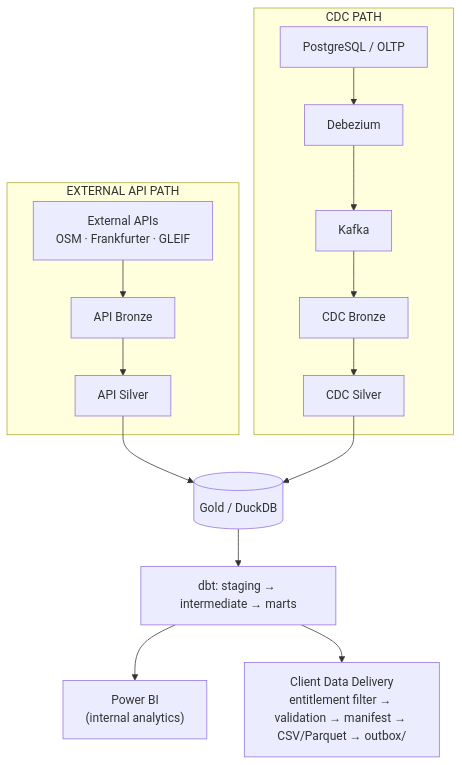
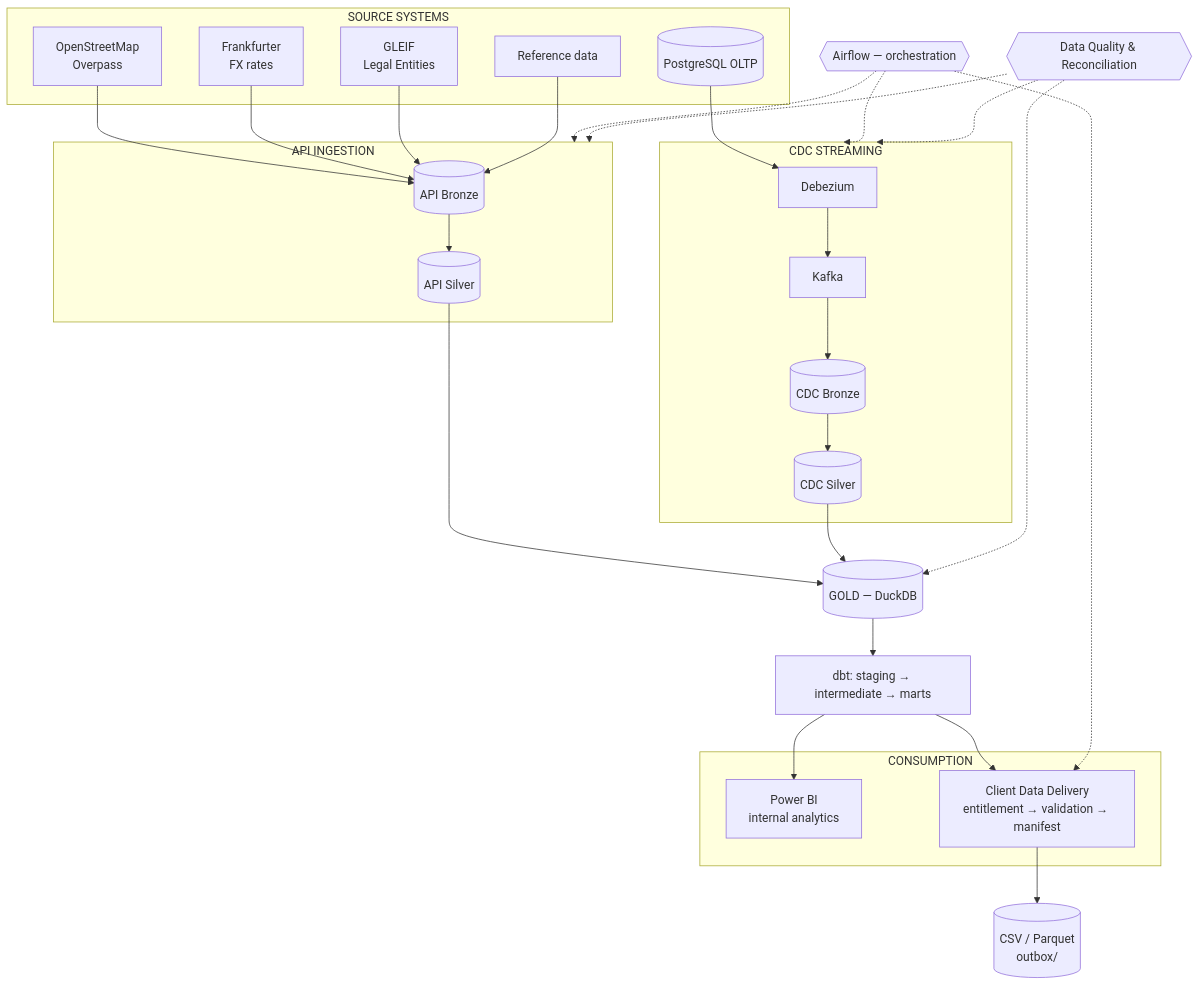
The diagram in README.md (mumairnawaz/MerchantMCC-DE), drawn with Mermaid before and after one commit. The commit also changed other lines of this file and 35 other files, not shown here.

Commit message:
Enhance portfolio documentation and architecture evidence

````diff
--- a/README.md
+++ b/README.md
@@ -21,14 +21,39 @@
 ```mermaid
 flowchart TB
-    subgraph API["EXTERNAL API PATH"]
-        EXT["External APIs<br/>OSM · Frankfurter · GLEIF"] --> ABronze["API Bronze"] --> ASilver["API Silver"]
+    subgraph SOURCES["SOURCE SYSTEMS"]
+        OSM["OpenStreetMap<br/>Overpass"]
+        FX["Frankfurter<br/>FX rates"]
+        GLEIF["GLEIF<br/>Legal Entities"]
+        REF["Reference data"]
+        PG[("PostgreSQL OLTP")]
     end
-    subgraph CDC["CDC PATH"]
-        PG["PostgreSQL / OLTP"] --> DBZ["Debezium"] --> KAFKA["Kafka"] --> CBronze["CDC Bronze"] --> CSilver["CDC Silver"]
+    subgraph APIPATH["API INGESTION"]
+        ABronze[("API Bronze")] --> ASilver[("API Silver")]
     end
-    ASilver --> GOLD[("Gold / DuckDB")]
+    subgraph CDCPATH["CDC STREAMING"]
+        DBZ["Debezium"] --> KAFKA["Kafka"] --> CBronze[("CDC Bronze")] --> CSilver[("CDC Silver")]
+    end
+    OSM --> ABronze
+    FX --> ABronze
+    GLEIF --> ABronze
+    REF --> ABronze
+    PG --> DBZ
+    ASilver --> GOLD[("GOLD — DuckDB")]
     CSilver --> GOLD
     GOLD --> DBT["dbt: staging → intermediate → marts"]
-    DBT --> BI["Power BI<br/>(internal analytics)"]
-    DBT --> DELIVERY["Client Data Delivery<br/>entitlement filter → validation → manifest → CSV/Parquet → outbox/"]
+    subgraph CONSUMPTION["CONSUMPTION"]
+        BI["Power BI<br/>internal analytics"]
+        DELIVERY["Client Data Delivery<br/>entitlement → validation → manifest"]
+    end
+    DBT --> BI
+    DBT --> DELIVERY
+    DELIVERY --> FILES[("CSV / Parquet<br/>outbox/")]
+    ORCH{{"Airflow — orchestration"}}
+    ORCH -.-> APIPATH
+    ORCH -.-> CDCPATH
+    ORCH -.-> DELIVERY
+    QUALITY{{"Data Quality & Reconciliation"}}
+    QUALITY -.-> APIPATH
+    QUALITY -.-> CDCPATH
+    QUALITY -.-> GOLD
 ```
````
